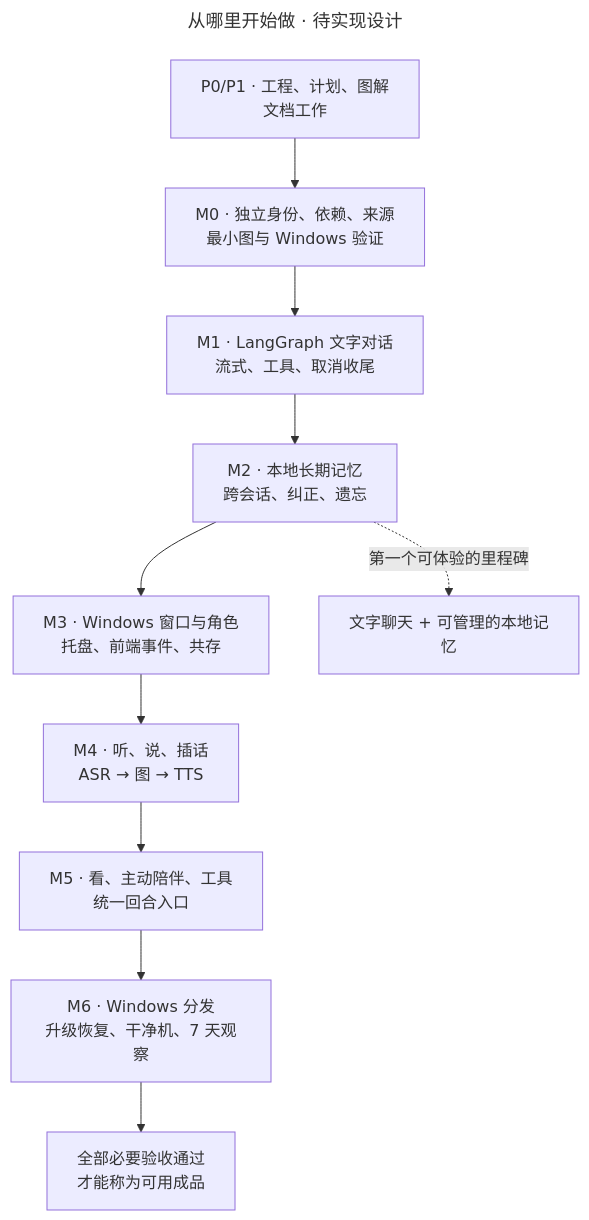
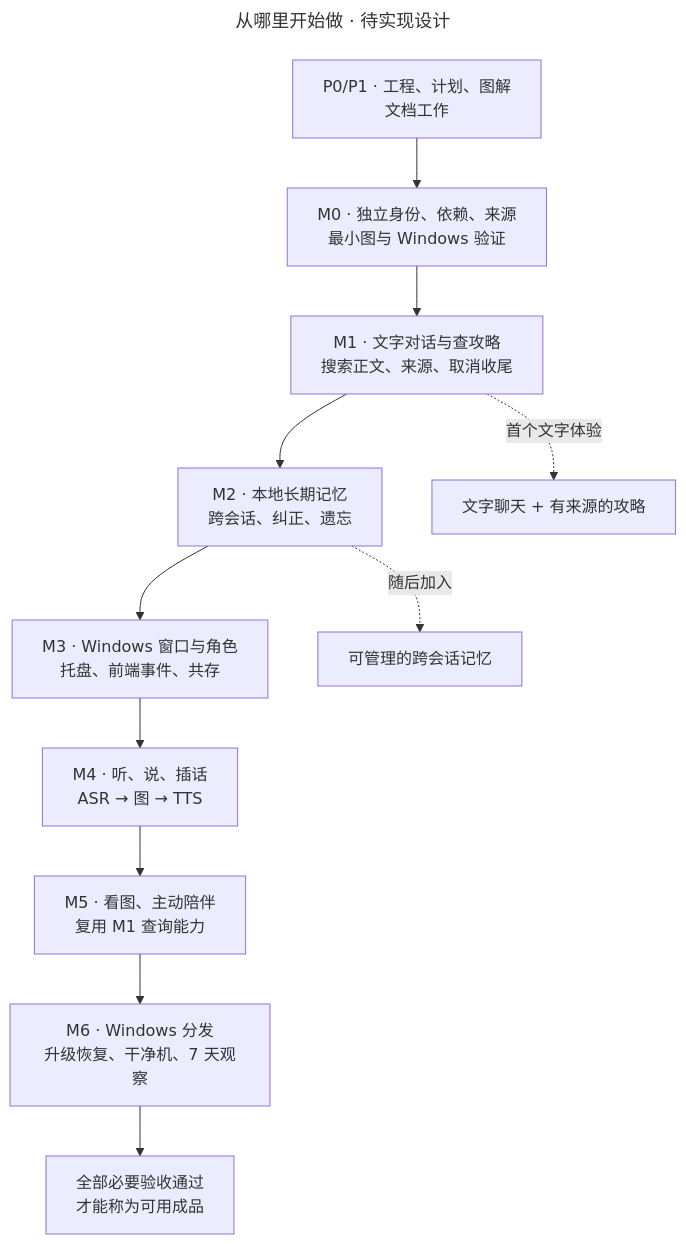
Before and after one commit to FrigidCrow/ai-neko: the diagram in docs/diagrams/src/00-roadmap.mmd, drawn with Mermaid. The commit also changed 30 other files, not shown here.

```diff
--- a/docs/diagrams/src/00-roadmap.mmd
+++ b/docs/diagrams/src/00-roadmap.mmd
@@ -1,13 +1,14 @@
 ---
 title: "从哪里开始做 · 待实现设计"
 ---
 flowchart TD
     P["P0/P1 · 工程、计划、图解<br/>文档工作"] --> A["M0 · 独立身份、依赖、来源<br/>最小图与 Windows 验证"]
-    A --> B["M1 · LangGraph 文字对话<br/>流式、工具、取消收尾"]
+    A --> B["M1 · 文字对话与查攻略<br/>搜索正文、来源、取消收尾"]
     B --> C["M2 · 本地长期记忆<br/>跨会话、纠正、遗忘"]
     C --> D["M3 · Windows 窗口与角色<br/>托盘、前端事件、共存"]
     D --> E["M4 · 听、说、插话<br/>ASR → 图 → TTS"]
-    E --> F["M5 · 看、主动陪伴、工具<br/>统一回合入口"]
+    E --> F["M5 · 看图、主动陪伴<br/>复用 M1 查询能力"]
     F --> G["M6 · Windows 分发<br/>升级恢复、干净机、7 天观察"]
-    C -. "第一个可体验的里程碑" .-> H["文字聊天 + 可管理的本地记忆"]
+    B -. "首个文字体验" .-> H["文字聊天 + 有来源的攻略"]
+    C -. "随后加入" .-> J["可管理的跨会话记忆"]
     G --> I["全部必要验收通过<br/>才能称为可用成品"]
```
